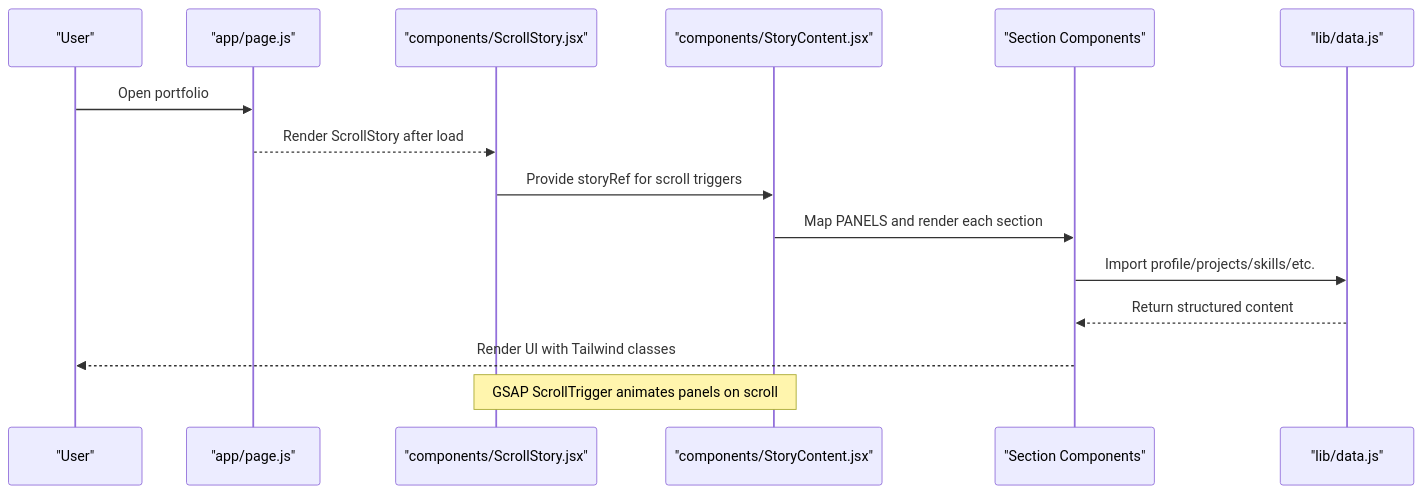
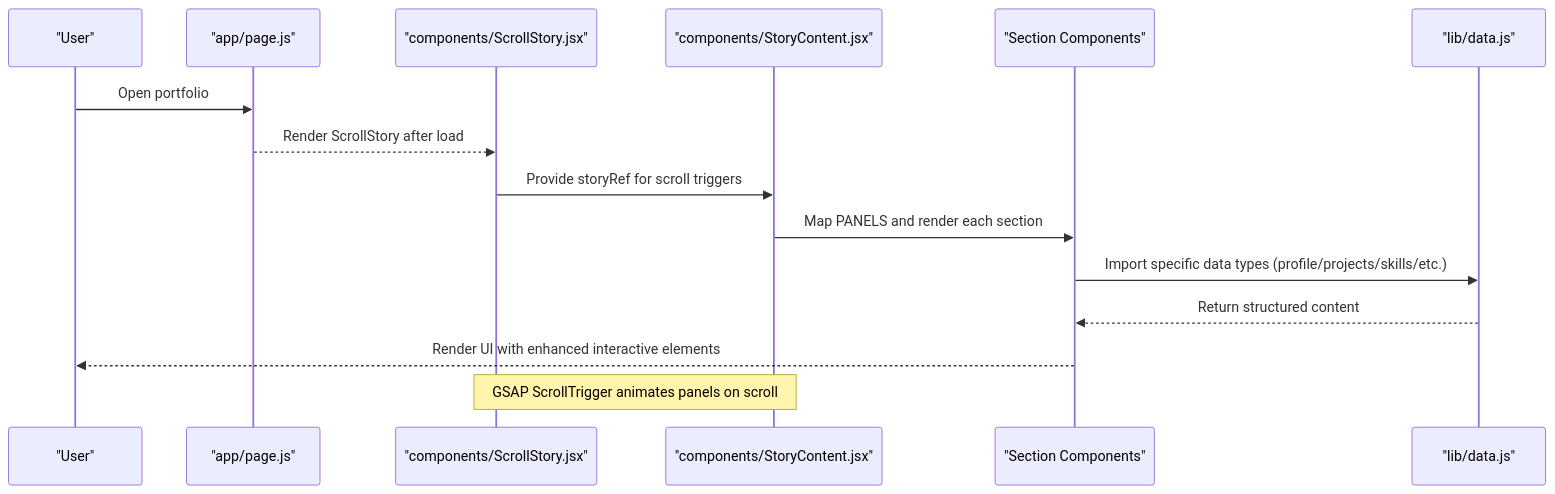
One commit to emaanfatima312005-wq/emaan-portfolio changed the second of 4 diagrams in .qoder/repowiki/en/content/Content Sections/Content Sections.md. Above: the diagram before and after it, drawn with Mermaid. The commit also changed other lines of this file and 59 other files, not shown here.

````diff
--- a/.qoder/repowiki/en/content/Content Sections/Content Sections.md
+++ b/.qoder/repowiki/en/content/Content Sections/Content Sections.md
@@ -96,17 +107,17 @@
 ```mermaid
 sequenceDiagram
 participant User as "User"
 participant Page as "app/page.js"
 participant Scroll as "components/ScrollStory.jsx"
 participant Story as "components/StoryContent.jsx"
 participant Panel as "Section Components"
 participant Data as "lib/data.js"
 User->>Page : Open portfolio
 Page-->>Scroll : Render ScrollStory after load
 Scroll->>Story : Provide storyRef for scroll triggers
 Story->>Panel : Map PANELS and render each section
-Panel->>Data : Import profile/projects/skills/etc.
+Panel->>Data : Import specific data types (profile/projects/skills/etc.)
 Data-->>Panel : Return structured content
-Panel-->>User : Render UI with Tailwind classes
+Panel-->>User : Render UI with enhanced interactive elements
 Note over Scroll,Story : GSAP ScrollTrigger animates panels on scroll
 ```
````
